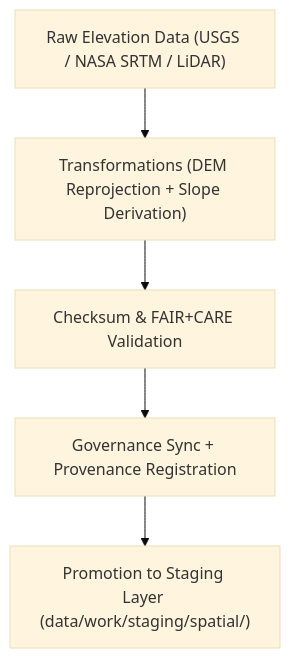
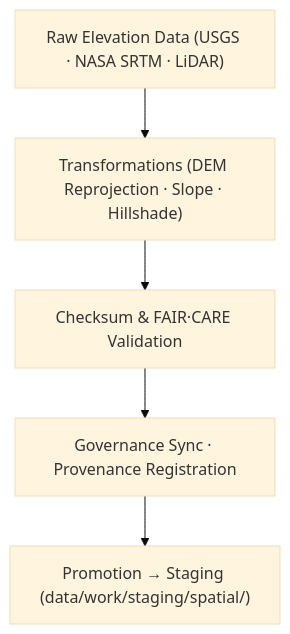
One commit to bartytime4life/Kansas-Frontier-Matrix changed the diagram in data/work/tmp/terrain/README.md. Above: the diagram before and after it, drawn with Mermaid (base theme). The commit also changed other lines of this file, not shown here.

````diff
--- a/data/work/tmp/terrain/README.md
+++ b/data/work/tmp/terrain/README.md
@@ -81,7 +83,7 @@
 ```mermaid
 flowchart TD
-    A["Raw Elevation Data (USGS / NASA SRTM / LiDAR)"] --> B["Transformations (DEM Reprojection + Slope Derivation)"]
-    B --> C["Checksum & FAIR+CARE Validation"]
-    C --> D["Governance Sync + Provenance Registration"]
-    D --> E["Promotion to Staging Layer (data/work/staging/spatial/)"]
+    A["Raw Elevation Data (USGS · NASA SRTM · LiDAR)"] --> B["Transformations (DEM Reprojection · Slope · Hillshade)"]
+    B --> C["Checksum & FAIR·CARE Validation"]
+    C --> D["Governance Sync · Provenance Registration"]
+    D --> E["Promotion → Staging (data/work/staging/spatial/)"]
 ```
````
